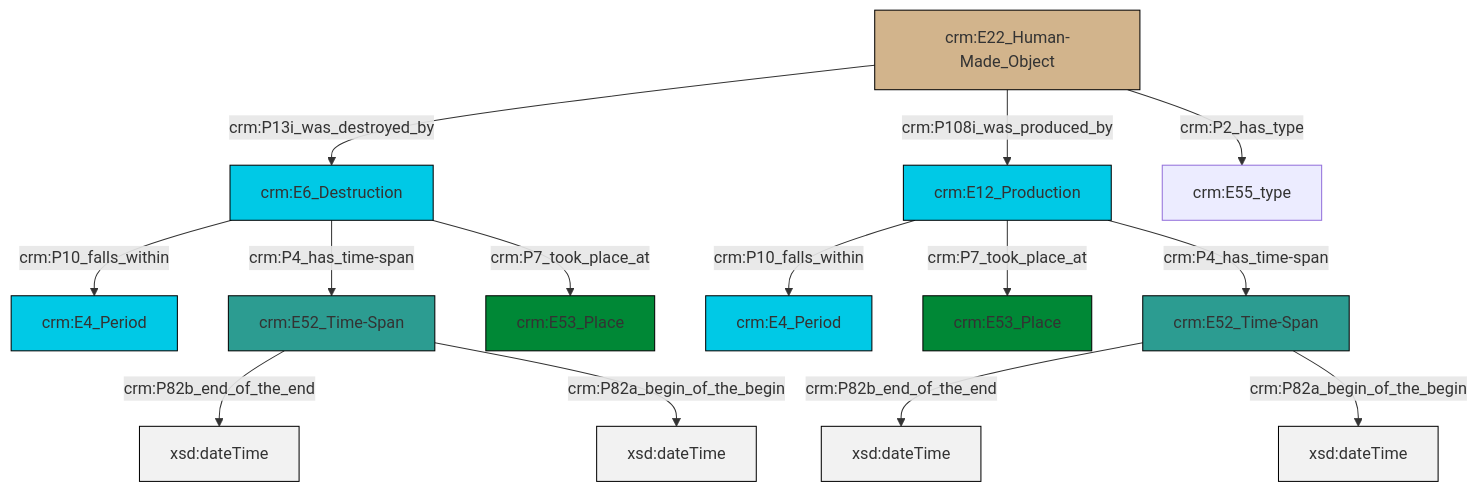
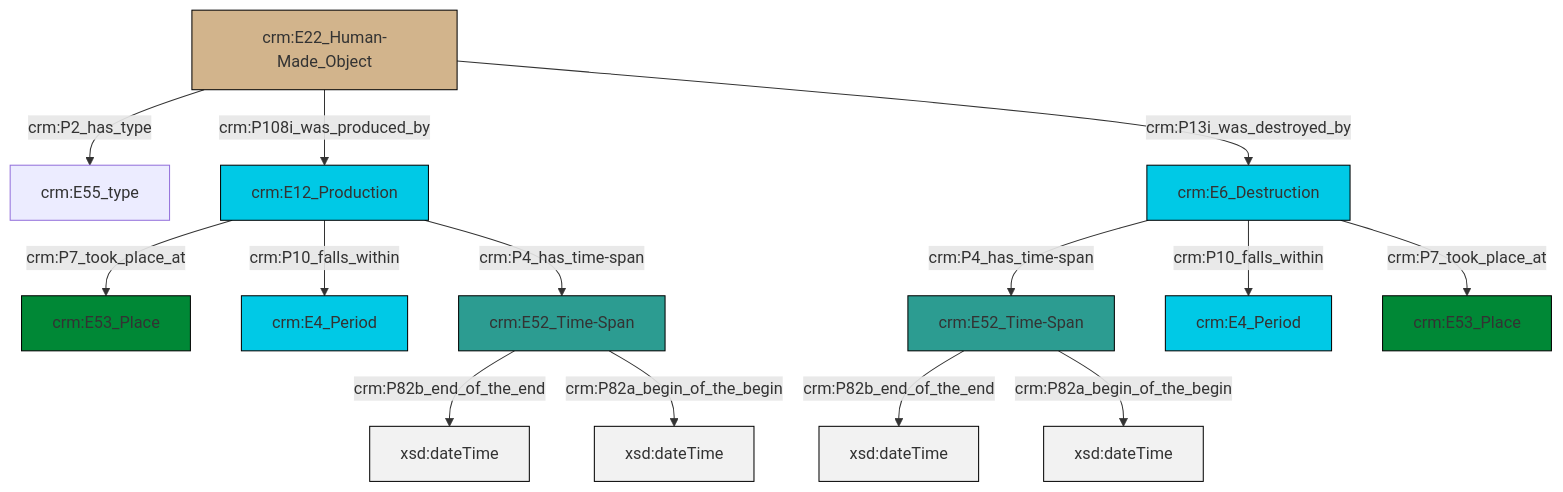
Before and after one commit to swiss-art-research-net/docs.swissartresearch: the diagram in et/builtWorkCSV/ttl/mmd/Built_Work_existence.ttl.mmd, drawn with Mermaid. The commit also changed 172 other files, not shown here.

```diff
--- a/et/builtWorkCSV/ttl/mmd/Built_Work_existence.ttl.mmd
+++ b/et/builtWorkCSV/ttl/mmd/Built_Work_existence.ttl.mmd
@@ -1,28 +1,28 @@
 graph TD
 classDef Literal fill:#f2f2f2,stroke:#000000;
 classDef CRM_Entity fill:#FFFFFF,stroke:#000000;
 classDef Temporal_Entity fill:#00C9E6, stroke:#000000;
 classDef Type fill:#E18312, stroke:#000000;
 classDef Time-Span fill:#2C9C91, stroke:#000000;
 classDef Appellation fill:#FFEB7F, stroke:#000000;
 classDef Place fill:#008836, stroke:#000000;
 classDef Persistent_Item fill:#B266B2, stroke:#000000;
 classDef Conceptual_Object fill:#FFD700, stroke:#000000;
 classDef Physical_Thing fill:#D2B48C, stroke:#000000;
 classDef Actor fill:#f58aad, stroke:#000000;
 classDef PC_Classes fill:#4ce600, stroke:#000000;
 classDef Multi fill:#cccccc,stroke:#000000;
 
-0["crm:E6_Destruction"]:::Temporal_Entity -->|crm:P10_falls_within| 1["crm:E4_Period"]:::Temporal_Entity
-2["crm:E52_Time-Span"]:::Time-Span -->|crm:P82b_end_of_the_end| 3[xsd:dateTime]:::Literal
-0["crm:E6_Destruction"]:::Temporal_Entity -->|crm:P4_has_time-span| 2["crm:E52_Time-Span"]:::Time-Span
-4["crm:E12_Production"]:::Temporal_Entity -->|crm:P10_falls_within| 6["crm:E4_Period"]:::Temporal_Entity
-9["crm:E22_Human-Made_Object"]:::Physical_Thing -->|crm:P13i_was_destroyed_by| 0["crm:E6_Destruction"]:::Temporal_Entity
-4["crm:E12_Production"]:::Temporal_Entity -->|crm:P7_took_place_at| 10["crm:E53_Place"]:::Place
-2["crm:E52_Time-Span"]:::Time-Span -->|crm:P82a_begin_of_the_begin| 14[xsd:dateTime]:::Literal
-9["crm:E22_Human-Made_Object"]:::Physical_Thing -->|crm:P108i_was_produced_by| 4["crm:E12_Production"]:::Temporal_Entity
-16["crm:E52_Time-Span"]:::Time-Span -->|crm:P82b_end_of_the_end| 17[xsd:dateTime]:::Literal
-16["crm:E52_Time-Span"]:::Time-Span -->|crm:P82a_begin_of_the_begin| 18[xsd:dateTime]:::Literal
-9["crm:E22_Human-Made_Object"]:::Physical_Thing -->|crm:P2_has_type| 12["crm:E55_type"]:::Default
-4["crm:E12_Production"]:::Temporal_Entity -->|crm:P4_has_time-span| 16["crm:E52_Time-Span"]:::Time-Span
-0["crm:E6_Destruction"]:::Temporal_Entity -->|crm:P7_took_place_at| 7["crm:E53_Place"]:::Place
+0["crm:E52_Time-Span"]:::Time-Span -->|crm:P82b_end_of_the_end| 1[xsd:dateTime]:::Literal
+2["crm:E22_Human-Made_Object"]:::Physical_Thing -->|crm:P2_has_type| 3["crm:E55_type"]:::Default
+9["crm:E6_Destruction"]:::Temporal_Entity -->|crm:P4_has_time-span| 0["crm:E52_Time-Span"]:::Time-Span
+9["crm:E6_Destruction"]:::Temporal_Entity -->|crm:P10_falls_within| 4["crm:E4_Period"]:::Temporal_Entity
+14["crm:E12_Production"]:::Temporal_Entity -->|crm:P7_took_place_at| 15["crm:E53_Place"]:::Place
+11["crm:E52_Time-Span"]:::Time-Span -->|crm:P82b_end_of_the_end| 16[xsd:dateTime]:::Literal
+11["crm:E52_Time-Span"]:::Time-Span -->|crm:P82a_begin_of_the_begin| 17[xsd:dateTime]:::Literal
+2["crm:E22_Human-Made_Object"]:::Physical_Thing -->|crm:P108i_was_produced_by| 14["crm:E12_Production"]:::Temporal_Entity
+14["crm:E12_Production"]:::Temporal_Entity -->|crm:P10_falls_within| 18["crm:E4_Period"]:::Temporal_Entity
+2["crm:E22_Human-Made_Object"]:::Physical_Thing -->|crm:P13i_was_destroyed_by| 9["crm:E6_Destruction"]:::Temporal_Entity
+0["crm:E52_Time-Span"]:::Time-Span -->|crm:P82a_begin_of_the_begin| 20[xsd:dateTime]:::Literal
+14["crm:E12_Production"]:::Temporal_Entity -->|crm:P4_has_time-span| 11["crm:E52_Time-Span"]:::Time-Span
+9["crm:E6_Destruction"]:::Temporal_Entity -->|crm:P7_took_place_at| 7["crm:E53_Place"]:::Place
```
